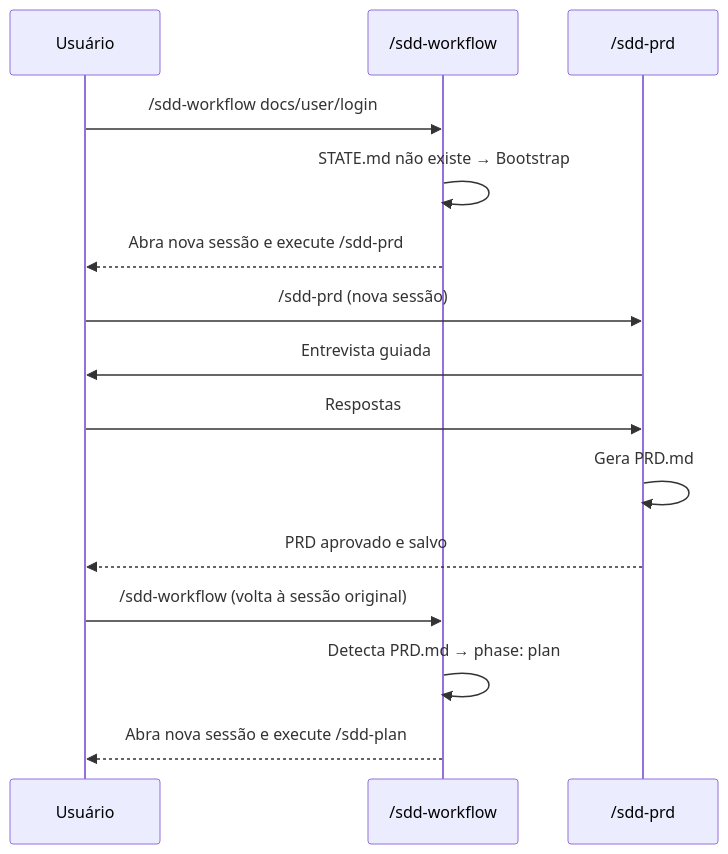
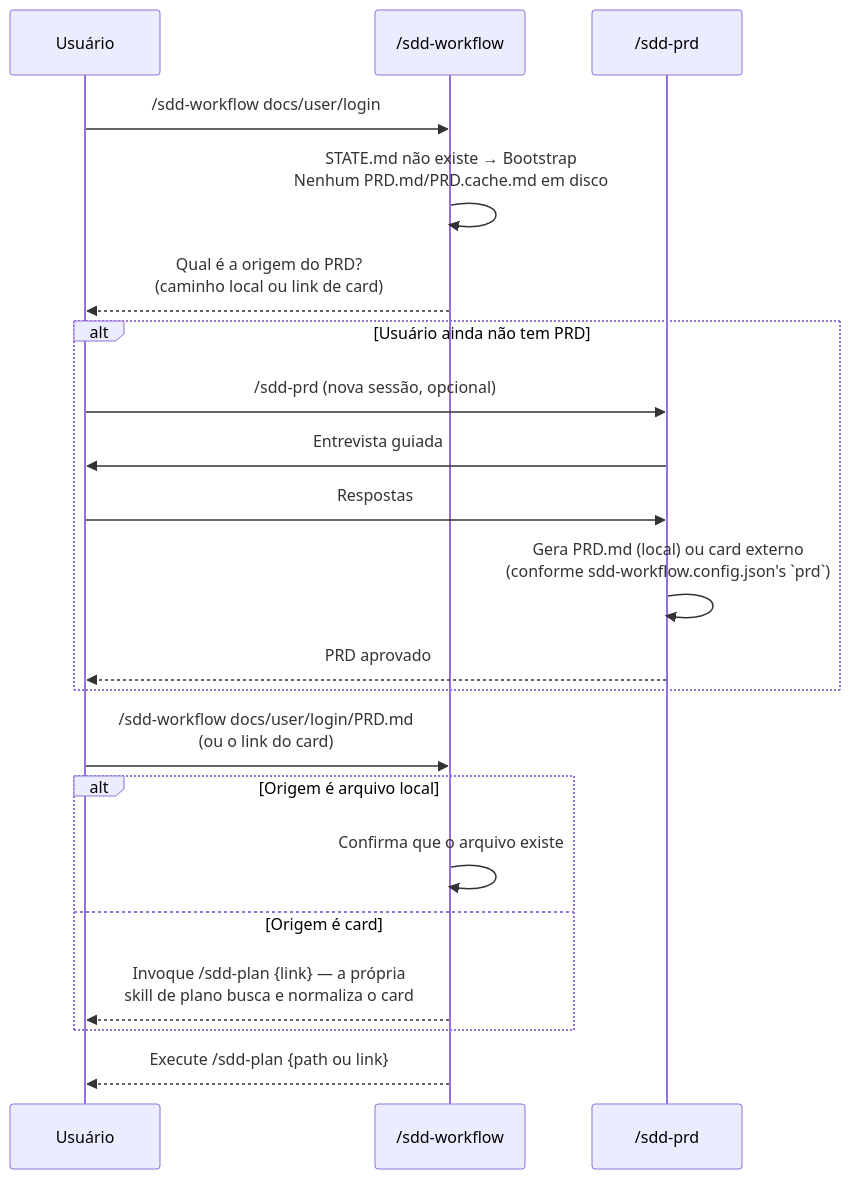
Before and after one commit to JeffersonBrasilino/hex-api-go: the second of 10 diagrams in SDD-GUIDELINE.md, drawn with Mermaid. The commit also changed other lines of this file and 38 other files, not shown here.

First line of the commit message:
Refactor/sdd workflow (#10)

````diff
--- a/SDD-GUIDELINE.md
+++ b/SDD-GUIDELINE.md
@@ -216,18 +253,26 @@
 ```mermaid
 sequenceDiagram
     participant U as Usuário
     participant W as /sdd-workflow
     participant P as /sdd-prd
 
     U->>W: /sdd-workflow docs/user/login
-    W->>W: STATE.md não existe → Bootstrap
-    W-->>U: Abra nova sessão e execute /sdd-prd
-    U->>P: /sdd-prd (nova sessão)
-    P->>U: Entrevista guiada
-    U->>P: Respostas
-    P->>P: Gera PRD.md
-    P-->>U: PRD aprovado e salvo
-    U->>W: /sdd-workflow (volta à sessão original)
-    W->>W: Detecta PRD.md → phase: plan
-    W-->>U: Abra nova sessão e execute /sdd-plan
+    W->>W: STATE.md não existe → Bootstrap<br/>Nenhum PRD.md/PRD.cache.md em disco
+    W-->>U: Qual é a origem do PRD?<br/>(caminho local ou link de card)
+
+    alt Usuário ainda não tem PRD
+        U->>P: /sdd-prd (nova sessão, opcional)
+        P->>U: Entrevista guiada
+        U->>P: Respostas
+        P->>P: Gera PRD.md (local) ou card externo<br/>(conforme sdd-workflow.config.json's `prd`)
+        P-->>U: PRD aprovado
+    end
+
+    U->>W: /sdd-workflow docs/user/login/PRD.md<br/>(ou o link do card)
+    alt Origem é arquivo local
+        W->>W: Confirma que o arquivo existe
+    else Origem é card
+        W-->>U: Invoque /sdd-plan {link} — a própria<br/>skill de plano busca e normaliza o card
+    end
+    W-->>U: Execute /sdd-plan {path ou link}
 ```
````
